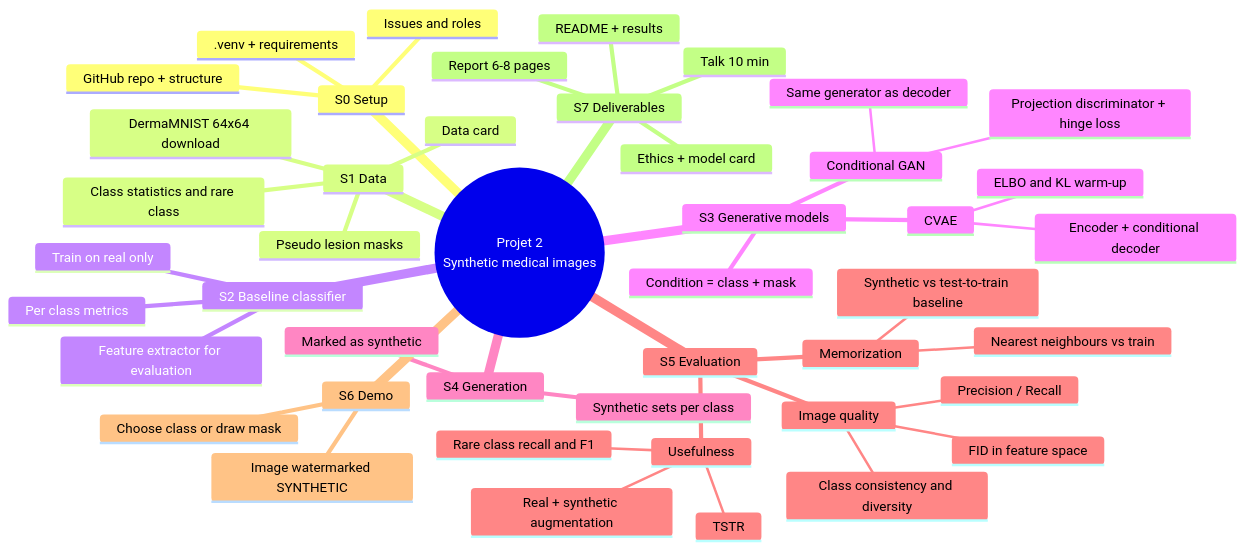
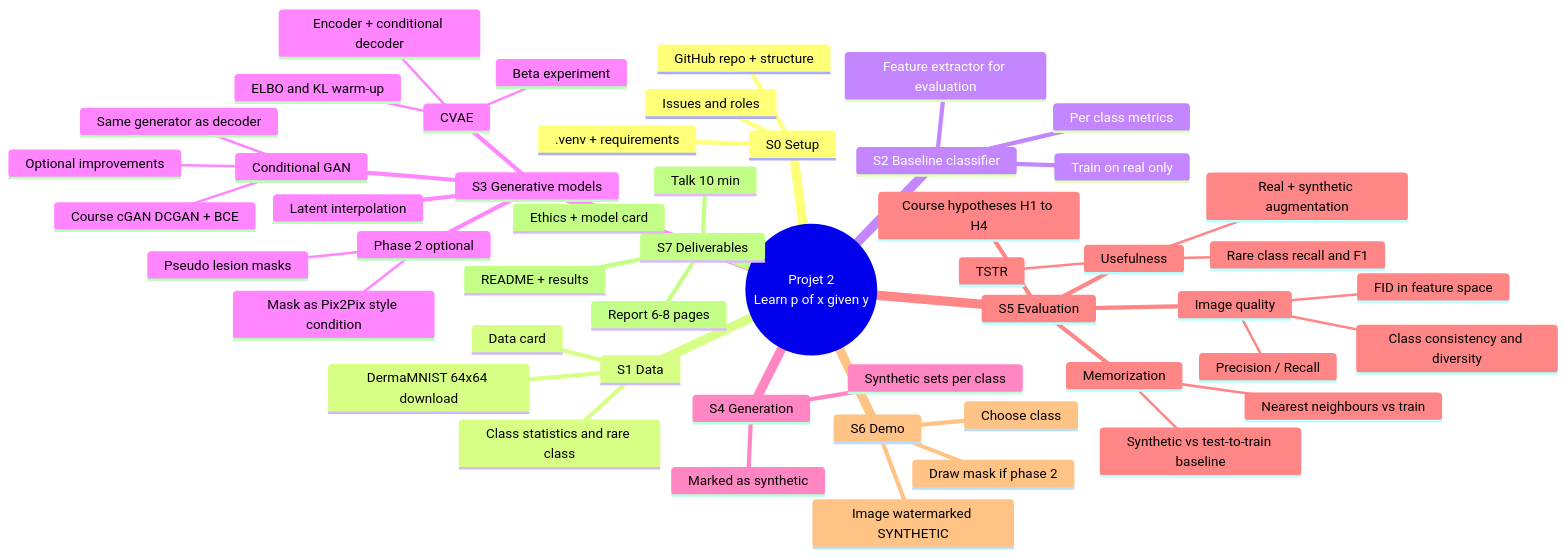
Before and after one commit to zouhairi1/mini_project_generative_visuelle: the diagram in impl.md, drawn with Mermaid. The commit also changed other lines of this file, not shown here.

````diff
--- a/impl.md
+++ b/impl.md
@@ -27,48 +38,54 @@
 ```mermaid
 mindmap
-  root((Projet 2<br/>Synthetic medical images))
+  root((Projet 2<br/>Learn p of x given y))
     S0 Setup
       .venv + requirements
       GitHub repo + structure
       Issues and roles
     S1 Data
       DermaMNIST 64x64 download
       Class statistics and rare class
-      Pseudo lesion masks
       Data card
     S2 Baseline classifier
       Train on real only
       Per class metrics
       Feature extractor for evaluation
     S3 Generative models
       CVAE
         Encoder + conditional decoder
         ELBO and KL warm-up
+        Beta experiment
       Conditional GAN
+        Course cGAN DCGAN + BCE
         Same generator as decoder
-        Projection discriminator + hinge loss
-      Condition = class + mask
+        Optional improvements
+      Latent interpolation
+      Phase 2 optional
+        Pseudo lesion masks
+        Mask as Pix2Pix style condition
     S4 Generation
       Synthetic sets per class
       Marked as synthetic
     S5 Evaluation
       Image quality
         FID in feature space
         Precision / Recall
         Class consistency and diversity
       Memorization
         Nearest neighbours vs train
         Synthetic vs test-to-train baseline
       Usefulness
         Real + synthetic augmentation
         Rare class recall and F1
         TSTR
+      Course hypotheses H1 to H4
     S6 Demo
-      Choose class or draw mask
+      Choose class
+      Draw mask if phase 2
       Image watermarked SYNTHETIC
     S7 Deliverables
       README + results
       Report 6-8 pages
       Talk 10 min
       Ethics + model card
 ```
````
